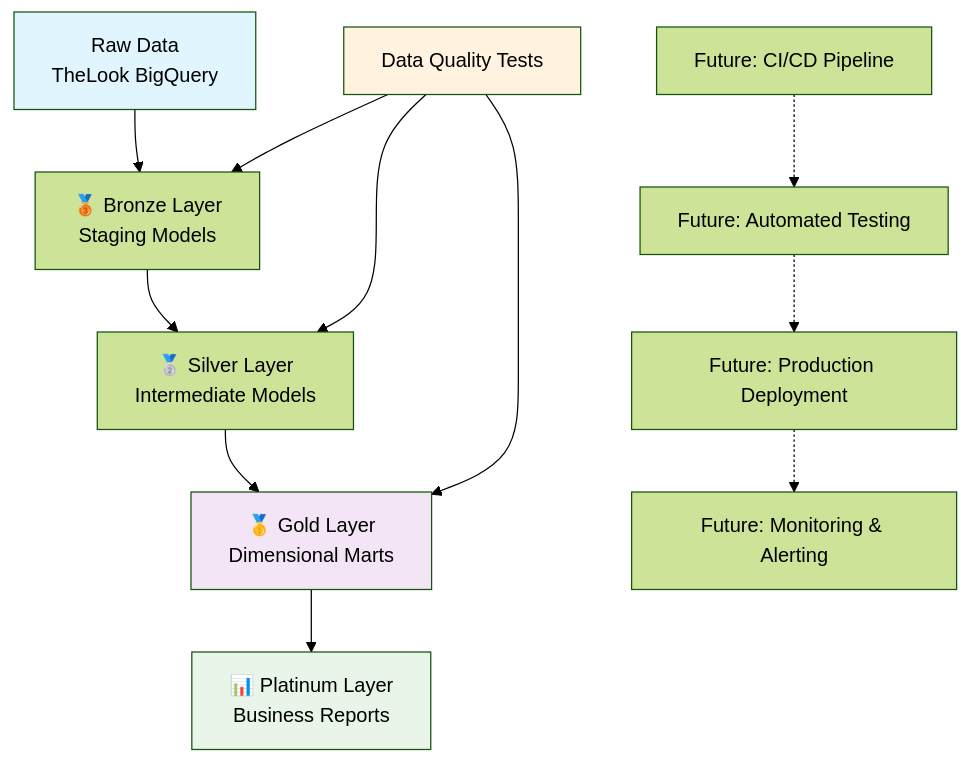
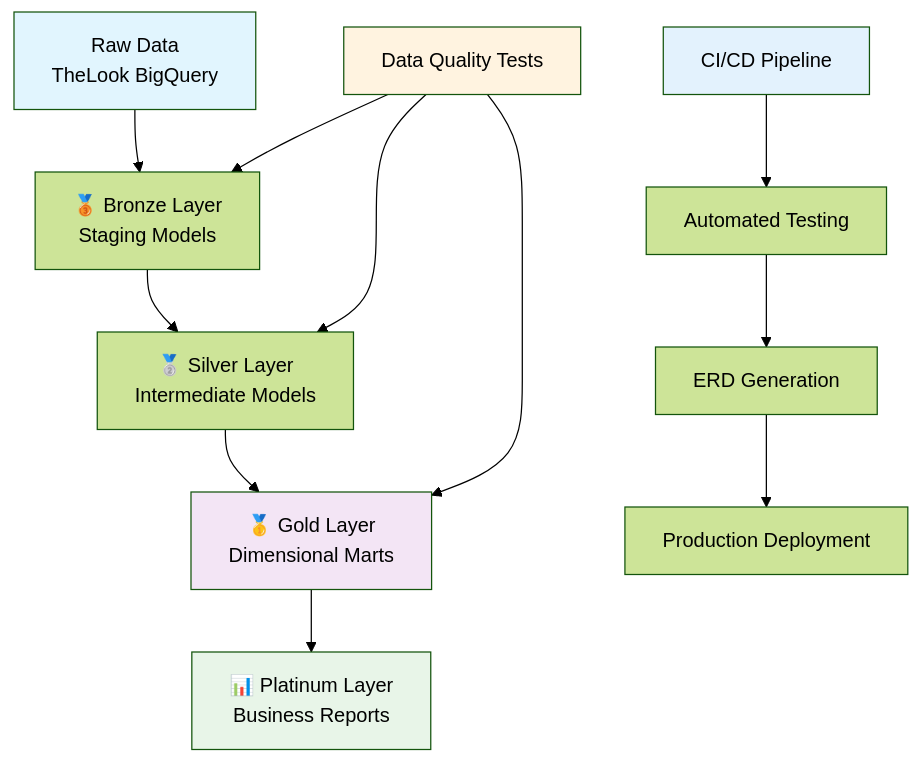
Before and after one commit to azadsolanki/retail-analytics-framework: the first of 2 diagrams in README.md, drawn with Mermaid (forest theme). The commit also changed other lines of this file, not shown here.

````diff
--- a/README.md
+++ b/README.md
@@ -37,20 +39,21 @@
 ```mermaid
 graph TB
     A[Raw Data<br/>TheLook BigQuery] --> B[🥉 Bronze Layer<br/>Staging Models]
     B --> C[🥈 Silver Layer<br/>Intermediate Models] 
     C --> D[🥇 Gold Layer<br/>Dimensional Marts]
     D --> E[📊 Platinum Layer<br/>Business Reports]
     
     F[Data Quality Tests] --> B
     F --> C
     F --> D
     
-    G[Future: CI/CD Pipeline] -.-> H[Future: Automated Testing]
-    H -.-> I[Future: Production Deployment]
-    I -.-> J[Future: Monitoring & Alerting]
+    G[CI/CD Pipeline] --> H[Automated Testing]
+    H --> I[ERD Generation]
+    I --> J[Production Deployment]
     
     style A fill:#e1f5fe
     style D fill:#f3e5f5
     style E fill:#e8f5e8
     style F fill:#fff3e0
+    style G fill:#e3f2fd
 ```
````
